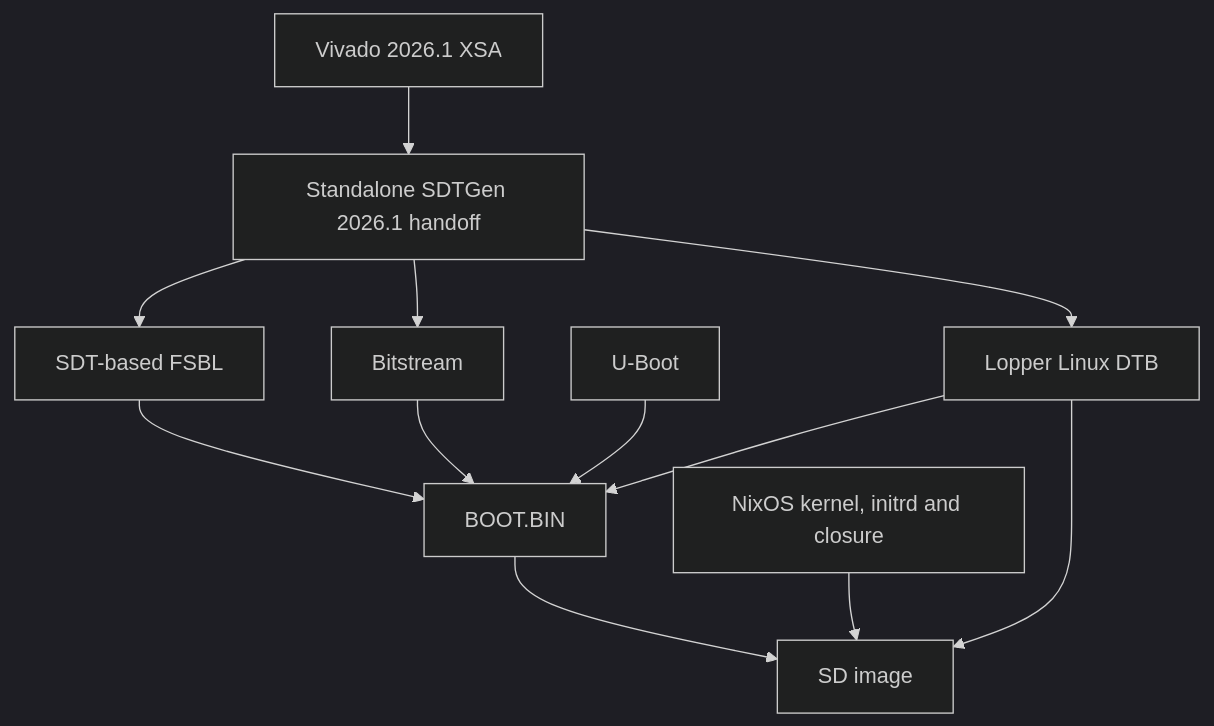
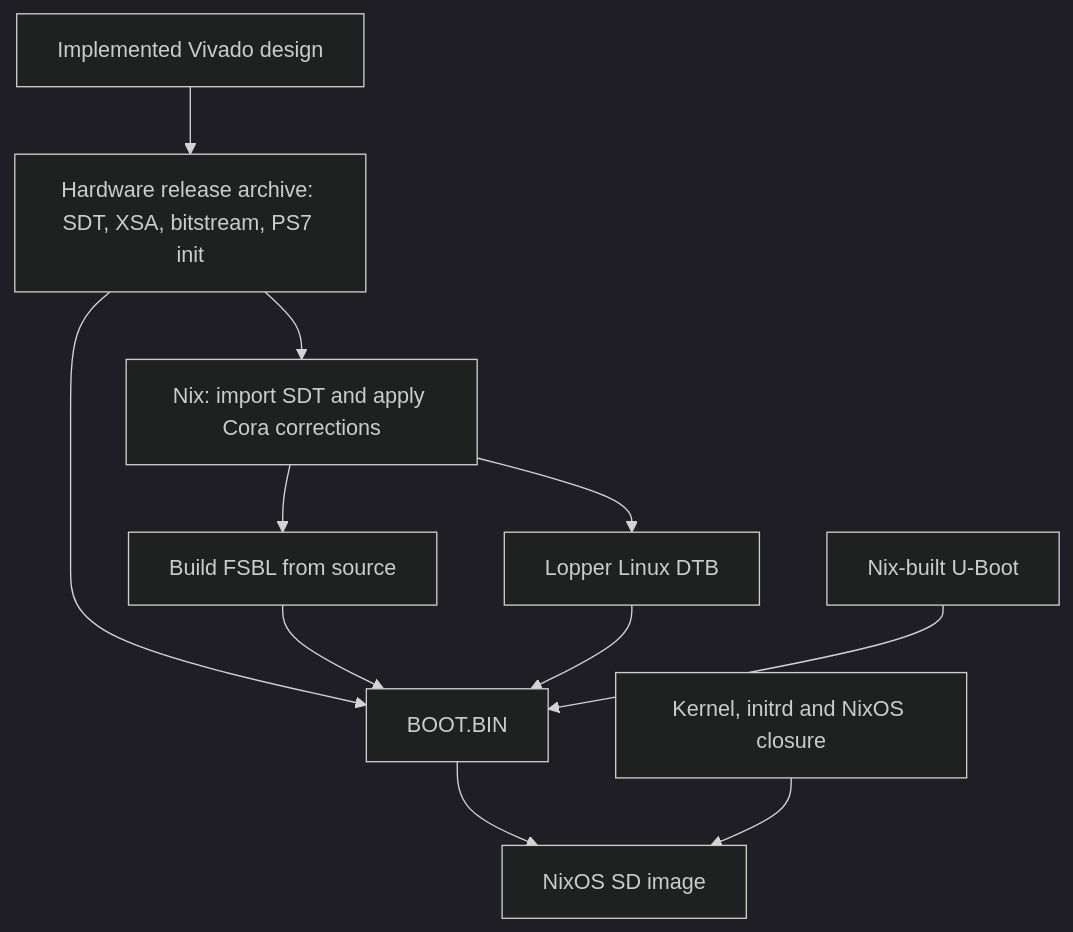
Before and after one commit to PseudoDesign/nixos-cora-z7: the diagram in README.md, drawn with Mermaid (dark theme). The commit also changed other lines of this file and 14 other files, not shown here.

Commit message:
Export complete Vivado hardware releases for tool-free Nix image builds

````diff
--- a/README.md
+++ b/README.md
@@ -13,14 +17,13 @@
 ```mermaid
 flowchart TD
-    X["Vivado 2026.1 XSA"] --> S["Standalone SDTGen 2026.1 handoff"]
-    S --> F["SDT-based FSBL"]
+    V["Implemented Vivado design"] --> R["Hardware release archive: SDT, XSA, bitstream, PS7 init"]
+    R --> S["Nix: import SDT and apply Cora corrections"]
+    S --> F["Build FSBL from source"]
     S --> D["Lopper Linux DTB"]
-    S --> P["Bitstream"]
-    F --> B["BOOT.BIN"]
-    P --> B
-    U["U-Boot"] --> B
+    R --> B["BOOT.BIN"]
+    F --> B
     D --> B
-    B --> I["SD image"]
-    N["NixOS kernel, initrd and closure"] --> I
-    D --> I
+    U["Nix-built U-Boot"] --> B
+    B --> I["NixOS SD image"]
+    N["Kernel, initrd and NixOS closure"] --> I
 ```
````
